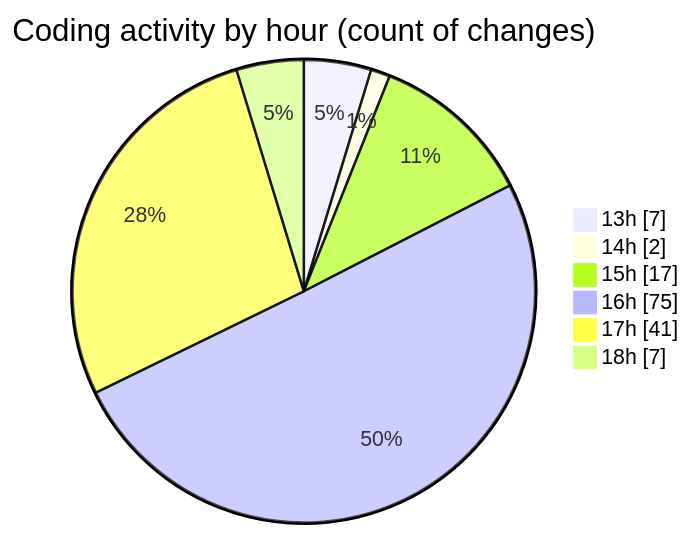
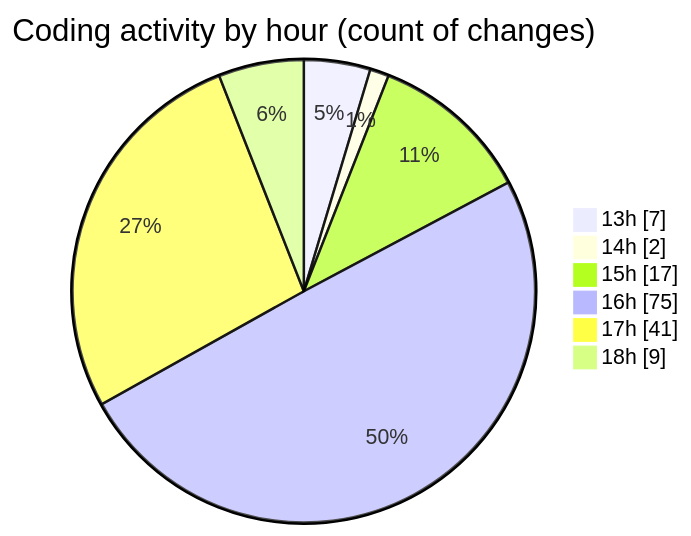
One commit to charlie-sans/code-tracking changed the second of 2 diagrams in 2025-02-24/micros/README.md. Above: the diagram before and after it, drawn with Mermaid. The commit also changed other lines of this file and 1 other file, not shown here.

````diff
--- a/2025-02-24/micros/README.md
+++ b/2025-02-24/micros/README.md
@@ -48,10 +49,10 @@
 ```mermaid
 pie showData
 title Coding activity by hour (count of changes)
 "13h" : 7
 "14h" : 2
 "15h" : 17
 "16h" : 75
 "17h" : 41
-"18h" : 7
+"18h" : 9
 ```
````
